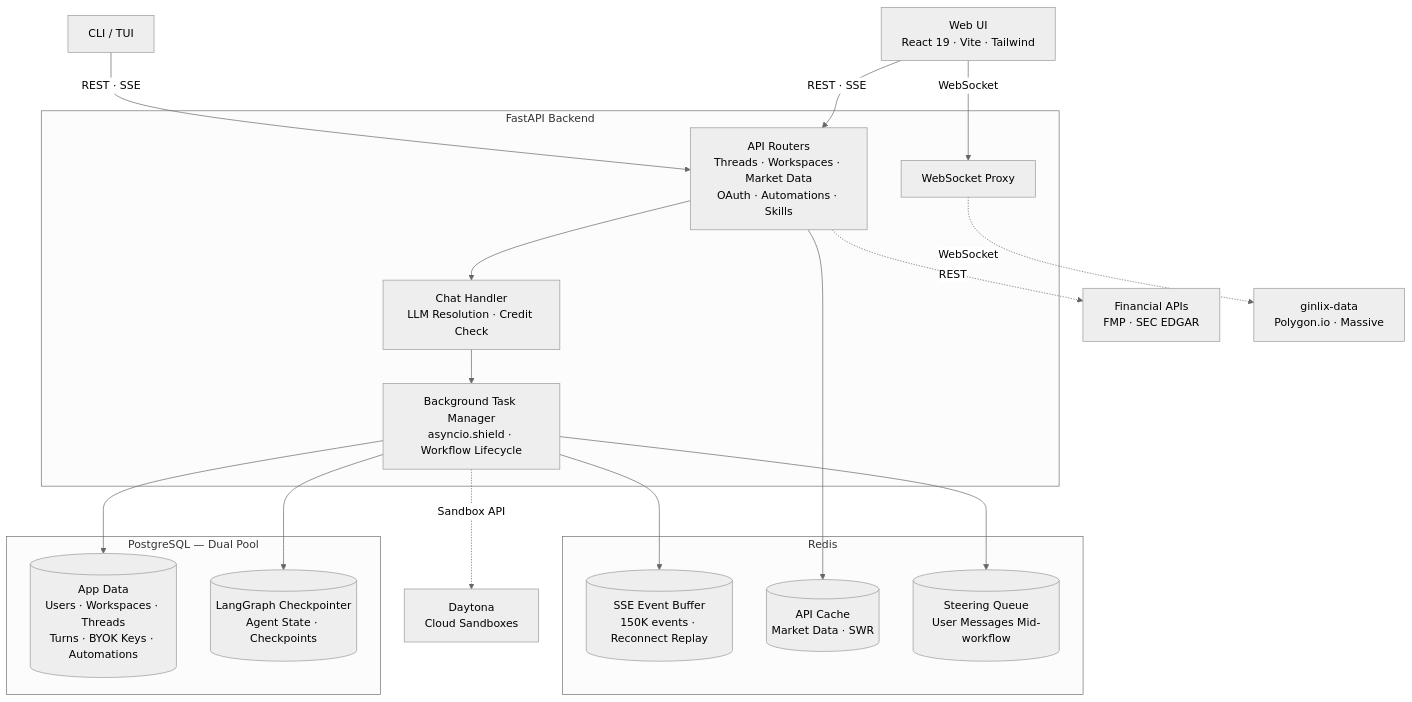
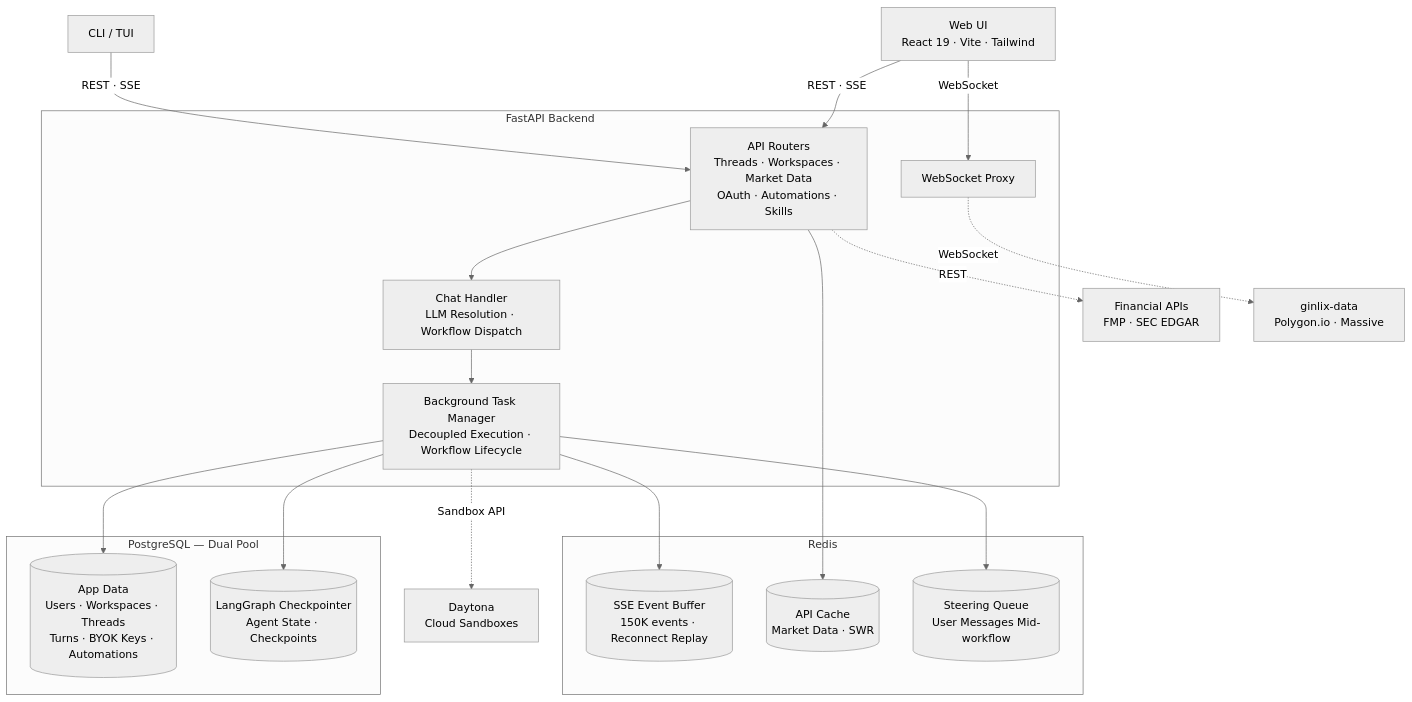
Before and after one commit to gittzz/langalpha: the first of 3 diagrams in README.md, drawn with Mermaid. The commit also changed other lines of this file and 1 other file, not shown here.

First line of the commit message:
docs(readme): refresh to match current architecture and features

````diff
--- a/README.md
+++ b/README.md
@@ -61,36 +61,36 @@
 ```mermaid
 %%{init: {'theme': 'neutral'}}%%
 
 flowchart TB
     Web["Web UI<br/>React 19 · Vite · Tailwind"] -- "REST · SSE" --> API
     Web -- "WebSocket" --> WSP
     CLI["CLI / TUI"] -- "REST · SSE" --> API
 
     subgraph Server ["FastAPI Backend"]
         API["API Routers<br/>Threads · Workspaces · Market Data<br/>OAuth · Automations · Skills"]
         WSP["WebSocket Proxy"]
-        API --> ChatHandler["Chat Handler<br/>LLM Resolution · Credit Check"]
-        ChatHandler --> BTM["Background Task Manager<br/>asyncio.shield · Workflow Lifecycle"]
+        API --> ChatHandler["Chat Handler<br/>LLM Resolution · Workflow Dispatch"]
+        ChatHandler --> BTM["Background Task Manager<br/>Decoupled Execution · Workflow Lifecycle"]
     end
 
     subgraph PostgreSQL ["PostgreSQL — Dual Pool"]
         AppPool[("App Data<br/>Users · Workspaces · Threads<br/>Turns · BYOK Keys · Automations")]
         CheckPool[("LangGraph Checkpointer<br/>Agent State · Checkpoints")]
     end
 
     subgraph Redis ["Redis"]
         EventBuf[("SSE Event Buffer<br/>150K events · Reconnect Replay")]
         DataCache[("API Cache<br/>Market Data · SWR")]
         Steering[("Steering Queue<br/>User Messages Mid-workflow")]
     end
 
     BTM --> AppPool
     BTM --> CheckPool
     BTM --> EventBuf
     BTM --> Steering
     API --> DataCache
 
     BTM -. "Sandbox API" .-> Daytona["Daytona<br/>Cloud Sandboxes"]
     API -. "REST" .-> FinAPIs["Financial APIs<br/>FMP · SEC EDGAR"]
     WSP -. "WebSocket" .-> GData["ginlix-data<br/>Polygon.io · Massive"]
 ```
````
